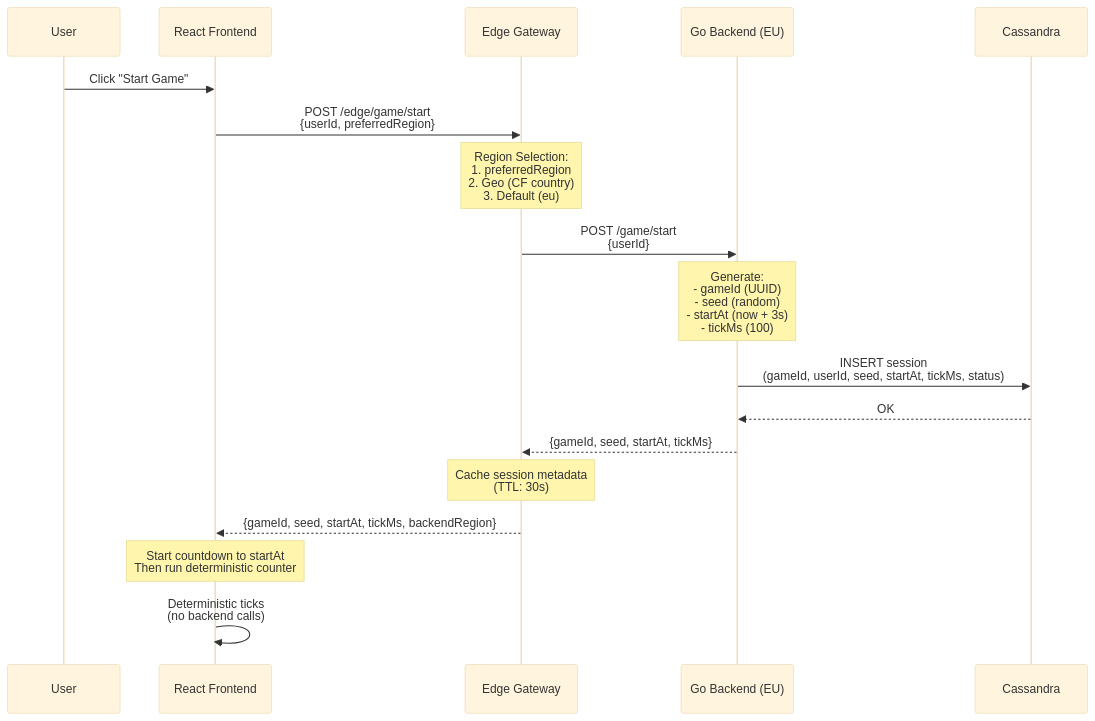
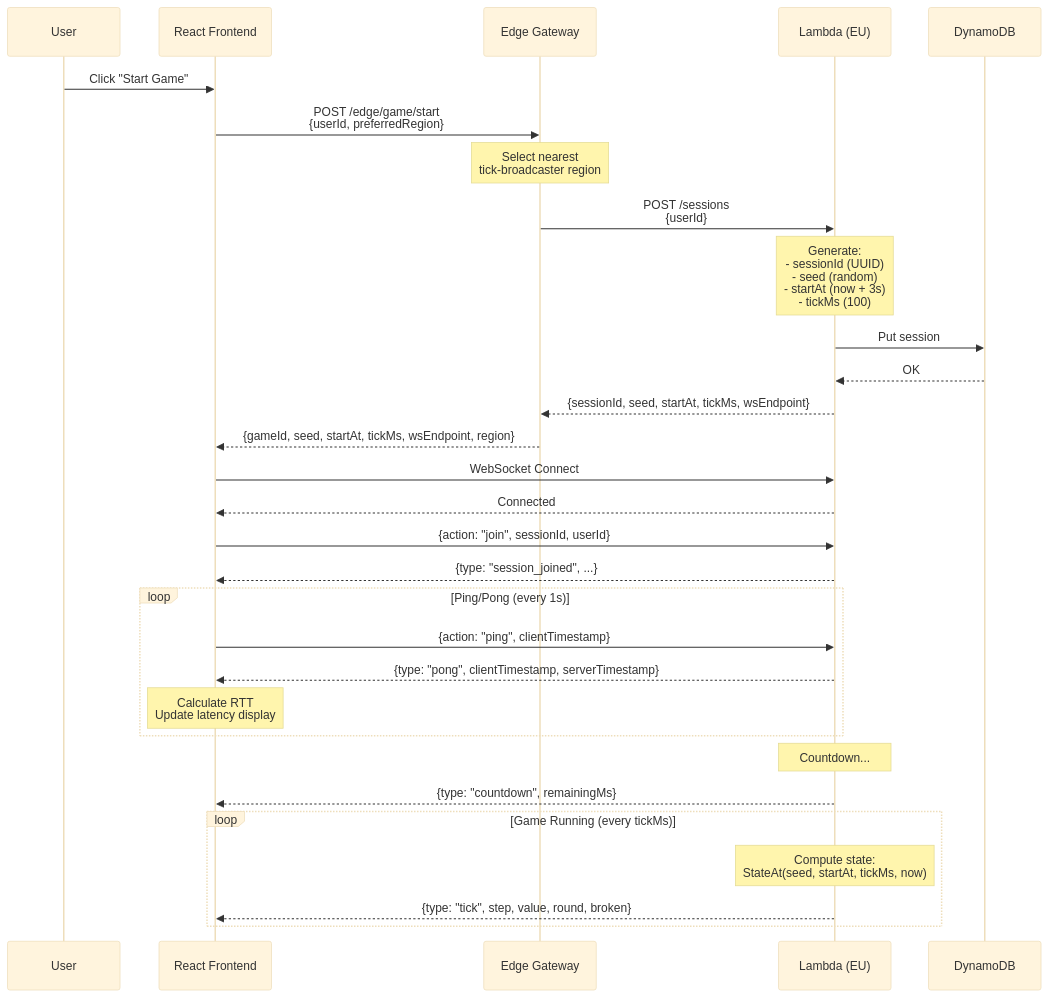
The second of 3 diagrams in ARCHITECTURE.md (molkiya/distrubuted-game-mechanic), drawn with Mermaid (base theme) before and after one commit. The commit also changed other lines of this file and 29 other files, not shown here.

Commit message:
feat(micro-backend): Add new fuctionality to use AWS lambda microbackend for share ticks between geo-distributed clients

````diff
--- a/ARCHITECTURE.md
+++ b/ARCHITECTURE.md
@@ -75,30 +95,43 @@
 ```mermaid
 sequenceDiagram
     participant U as User
     participant F as React Frontend
     participant E as Edge Gateway
-    participant B as Go Backend (EU)
-    participant C as Cassandra
+    participant L as Lambda (EU)
+    participant D as DynamoDB
     
     U->>F: Click "Start Game"
     F->>E: POST /edge/game/start<br/>{userId, preferredRegion}
     
-    Note over E: Region Selection:<br/>1. preferredRegion<br/>2. Geo (CF country)<br/>3. Default (eu)
+    Note over E: Select nearest<br/>tick-broadcaster region
     
-    E->>B: POST /game/start<br/>{userId}
+    E->>L: POST /sessions<br/>{userId}
     
-    Note over B: Generate:<br/>- gameId (UUID)<br/>- seed (random)<br/>- startAt (now + 3s)<br/>- tickMs (100)
+    Note over L: Generate:<br/>- sessionId (UUID)<br/>- seed (random)<br/>- startAt (now + 3s)<br/>- tickMs (100)
     
-    B->>C: INSERT session<br/>(gameId, userId, seed, startAt, tickMs, status)
-    C-->>B: OK
+    L->>D: Put session
+    D-->>L: OK
     
-    B-->>E: {gameId, seed, startAt, tickMs}
+    L-->>E: {sessionId, seed, startAt, tickMs, wsEndpoint}
+    E-->>F: {gameId, seed, startAt, tickMs, wsEndpoint, region}
     
-    Note over E: Cache session metadata<br/>(TTL: 30s)
+    F->>L: WebSocket Connect
+    L-->>F: Connected
     
-    E-->>F: {gameId, seed, startAt, tickMs, backendRegion}
+    F->>L: {action: "join", sessionId, userId}
+    L-->>F: {type: "session_joined", ...}
     
-    Note over F: Start countdown to startAt<br/>Then run deterministic counter
+    loop Ping/Pong (every 1s)
+        F->>L: {action: "ping", clientTimestamp}
+        L-->>F: {type: "pong", clientTimestamp, serverTimestamp}
+        Note over F: Calculate RTT<br/>Update latency display
+    end
     
-    F->>F: Deterministic ticks<br/>(no backend calls)
+    Note over L: Countdown...
+    L-->>F: {type: "countdown", remainingMs}
+    
+    loop Game Running (every tickMs)
+        Note over L: Compute state:<br/>StateAt(seed, startAt, tickMs, now)
+        L-->>F: {type: "tick", step, value, round, broken}
+    end
 ```
````
